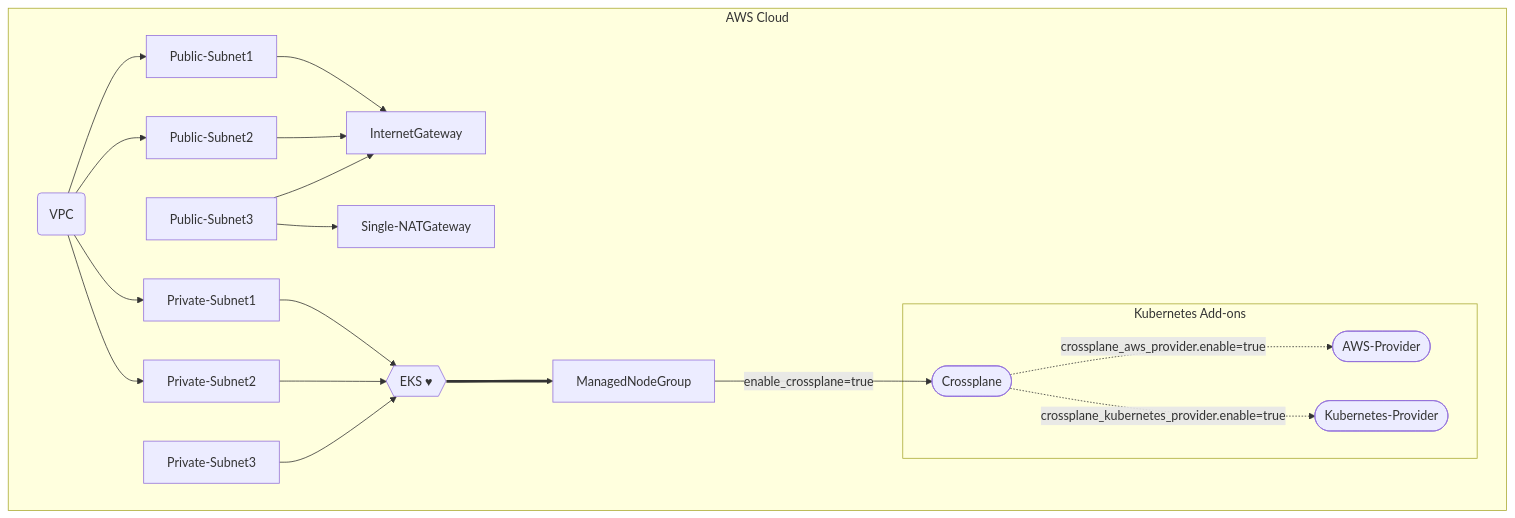
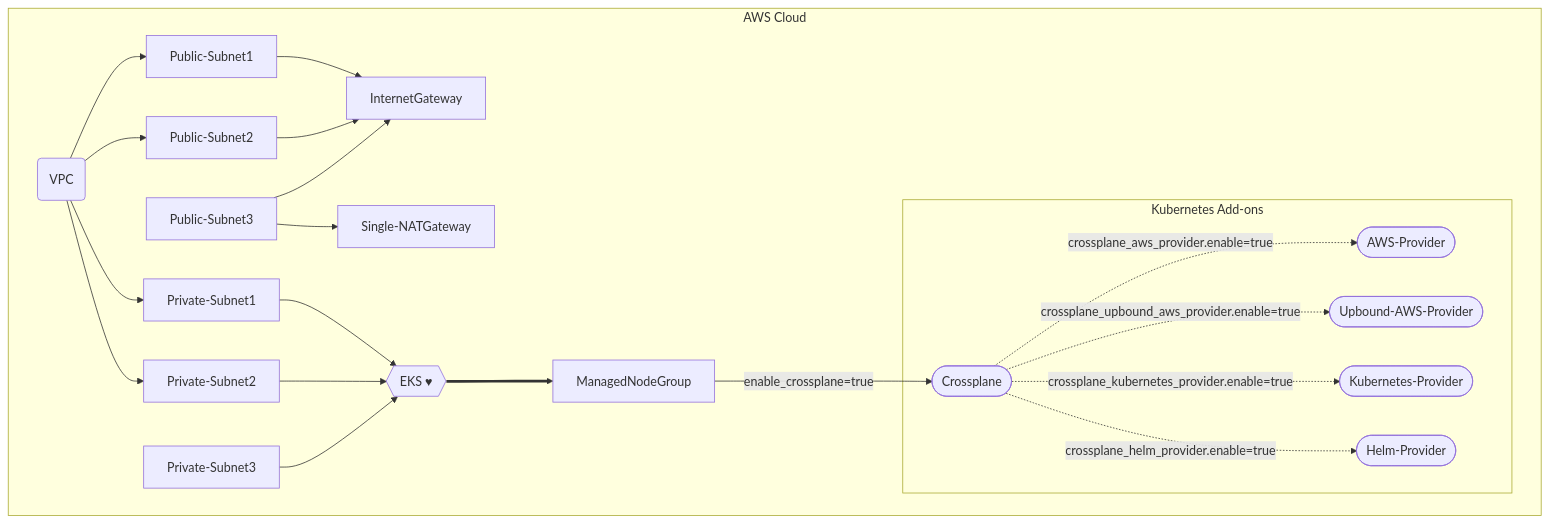
One commit to awslabs/crossplane-on-eks changed the diagram in bootstrap/terraform/README.md. Above: the diagram before and after it, drawn with Mermaid. The commit also changed other lines of this file and 1 other file, not shown here.

Commit message:
feat: adding upbound aws and helm providers

````diff
--- a/bootstrap/terraform/README.md
+++ b/bootstrap/terraform/README.md
@@ -13,22 +13,24 @@
 ```mermaid
 graph TD;
     subgraph AWS Cloud
     id1(VPC)-->Private-Subnet1;
     id1(VPC)-->Private-Subnet2;
     id1(VPC)-->Public-Subnet1;
     id1(VPC)-->Public-Subnet2;
     Public-Subnet1-->InternetGateway
     Public-Subnet2-->InternetGateway
     Public-Subnet3-->InternetGateway
     Public-Subnet3-->Single-NATGateway
     Private-Subnet1-->EKS{{"EKS #9829;"}}
     Private-Subnet2-->EKS
     Private-Subnet3-->EKS
     EKS==>ManagedNodeGroup;
     ManagedNodeGroup-->|enable_crossplane=true|id2([Crossplane]);
     subgraph Kubernetes Add-ons
     id2([Crossplane])-.->|crossplane_aws_provider.enable=true|id3([AWS-Provider]);
-    id2([Crossplane])-.->|crossplane_kubernetes_provider.enable=true|id4([Kubernetes-Provider]);
+    id2([Crossplane])-.->|crossplane_upbound_aws_provider.enable=true|id4([Upbound-AWS-Provider]);
+    id2([Crossplane])-.->|crossplane_kubernetes_provider.enable=true|id5([Kubernetes-Provider]);
+    id2([Crossplane])-.->|crossplane_helm_provider.enable=true|id6([Helm-Provider]);
     end
     end
 ```
````
